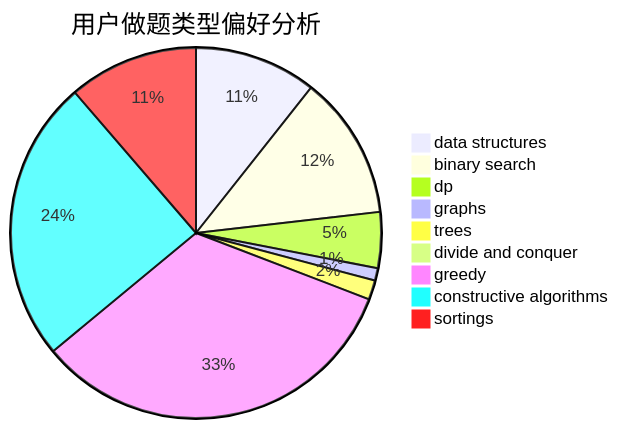
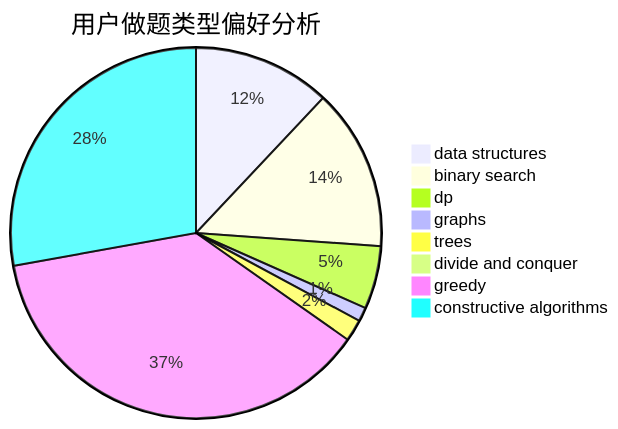
One commit to sherpahu/cfrs.github.io changed the second of 3 diagrams in docs/user/u20.md. Above: the diagram before and after it, drawn with Mermaid. The commit also changed other lines of this file and 2769 other files, not shown here.

````diff
--- a/docs/user/u20.md
+++ b/docs/user/u20.md
@@ -18,12 +18,11 @@
 ```mermaid
 pie title 用户做题类型偏好分析
     "data structures" :  177
     "binary search" :  208
     "dp" :  81
     "graphs" :  18
     "trees" :  28
     "divide and conquer" :  13
     "greedy" :  551
     "constructive algorithms" :  410
-    "sortings" :  188
 ```
````
